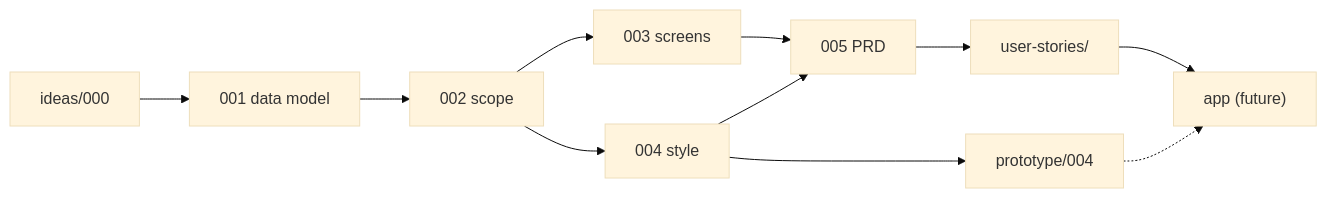
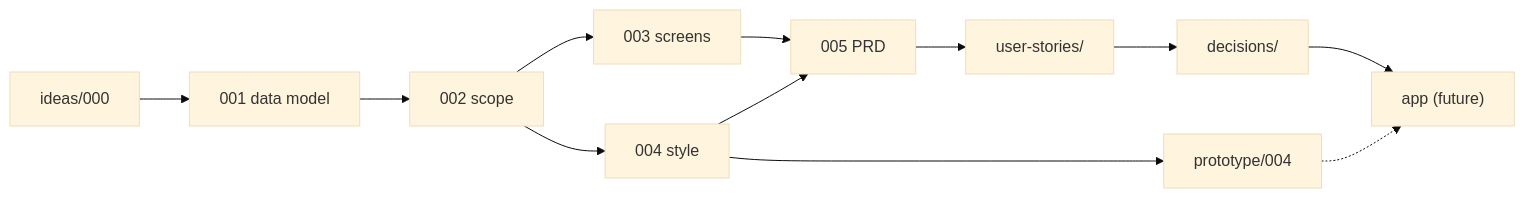
Before and after one commit to renancardo/cashflow: the diagram in docs/README.md, drawn with Mermaid (base theme). The commit also changed other lines of this file and 10 other files, not shown here.

````diff
--- a/docs/README.md
+++ b/docs/README.md
@@ -63,20 +68,21 @@
 ```mermaid
 flowchart LR
   Ideas["ideas/000"]
   DM["001 data model"]
   Scope["002 scope"]
   Screens["003 screens"]
   Style["004 style"]
   PRD["005 PRD"]
   Stories["user-stories/"]
   Proto["prototype/004"]
   App["app (future)"]
 
   Ideas --> DM --> Scope --> Screens
   Scope --> Style --> Proto
   Screens --> PRD
   Style --> PRD
   PRD --> Stories
-  Stories --> App
+  Stories --> ADR["decisions/"]
+  ADR --> App
   Proto -.-> App
 ```
````
